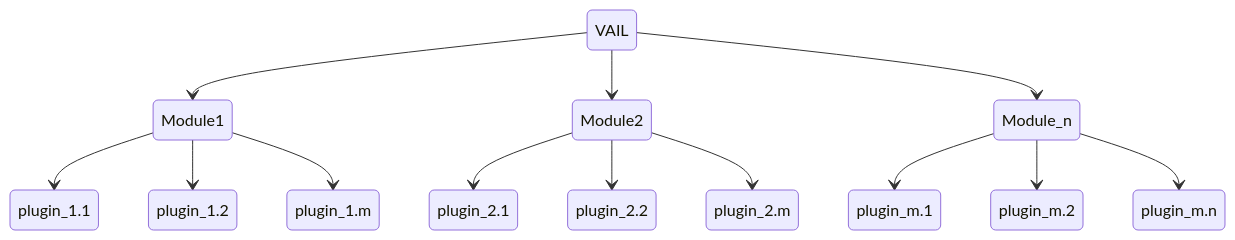
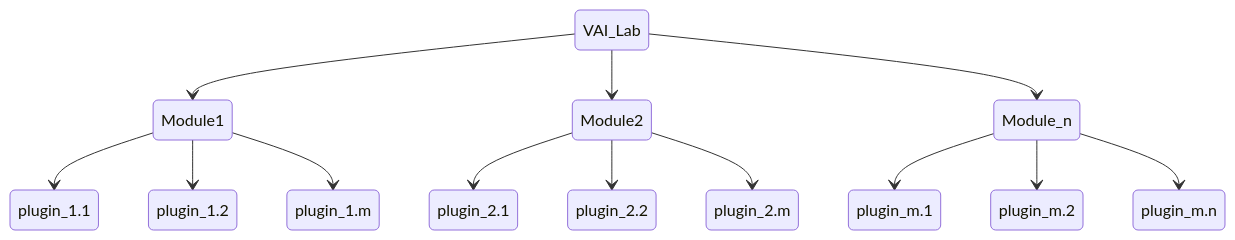
The diagram in README.md (AaltoPML/VAI-Lab), drawn with Mermaid before and after one commit. The commit also changed other lines of this file, not shown here.

Commit message:
Update README.md
Updated repo name in README

````diff
--- a/README.md
+++ b/README.md
@@ -31,16 +31,16 @@
 ```mermaid
 stateDiagram-v2
 
-    VAIL --> Module1
-    VAIL --> Module2
-    VAIL --> Module_n
+    VAI_Lab --> Module1
+    VAI_Lab --> Module2
+    VAI_Lab --> Module_n
     Module1 --> plugin_1.1
     Module1 --> plugin_1.2
     Module1 --> plugin_1.m
     Module2 --> plugin_2.1
     Module2 --> plugin_2.2
     Module2 --> plugin_2.m
     Module_n --> plugin_m.1
     Module_n --> plugin_m.2
     Module_n --> plugin_m.n
 ```
````
